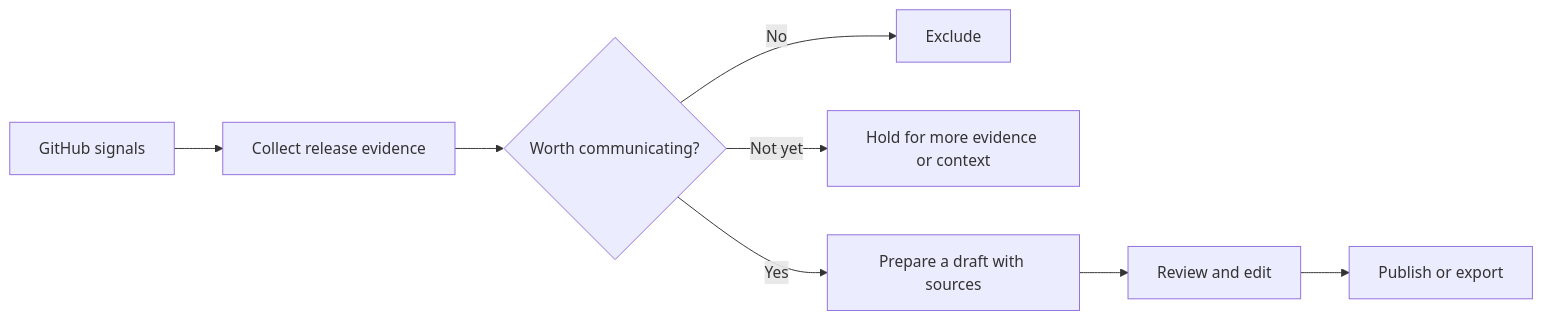
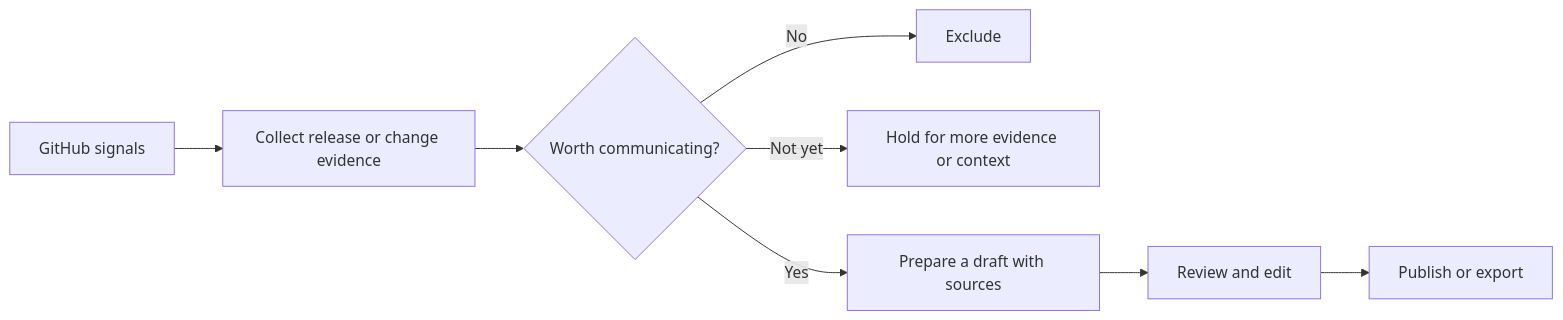
One commit to plot-labs/plot changed the diagram in README.md. Above: the diagram before and after it, drawn with Mermaid. The commit also changed other lines of this file and 21 other files, not shown here.

Commit message:
Enable GitHub change and merged PR Routines (#42)

````diff
--- a/README.md
+++ b/README.md
@@ -20,10 +20,10 @@
 ```mermaid
 flowchart LR
-  A[GitHub signals] --> B[Collect release evidence]
+  A[GitHub signals] --> B[Collect release or change evidence]
   B --> C{Worth communicating?}
   C -->|No| D[Exclude]
   C -->|Not yet| E[Hold for more evidence or context]
   C -->|Yes| F[Prepare a draft with sources]
   F --> G[Review and edit]
   G --> H[Publish or export]
 ```
````
